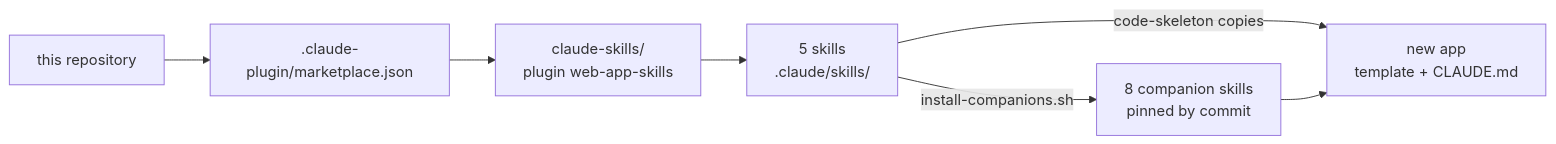
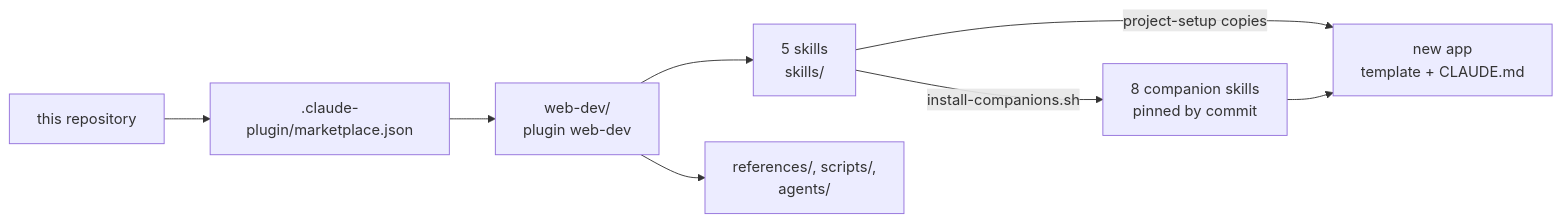
Before and after one commit to loiphan-agilityio/web-dev-plugin: the first of 3 diagrams in DESIGN.md, drawn with Mermaid. The commit also changed other lines of this file and 497 other files, not shown here.

````diff
--- a/DESIGN.md
+++ b/DESIGN.md
@@ -8,9 +8,10 @@
 ```mermaid
 flowchart LR
   repo["this repository"] --> mkt[".claude-plugin/marketplace.json"]
-  mkt --> plugin["claude-skills/<br/>plugin web-app-skills"]
-  plugin --> skills["5 skills<br/>.claude/skills/"]
-  skills -->|code-skeleton copies| app["new app<br/>template + CLAUDE.md"]
+  mkt --> plugin["web-dev/<br/>plugin web-dev"]
+  plugin --> skills["5 skills<br/>skills/"]
+  plugin --> shared["references/, scripts/,<br/>agents/"]
+  skills -->|project-setup copies| app["new app<br/>template + CLAUDE.md"]
   skills -->|install-companions.sh| comp["8 companion skills<br/>pinned by commit"]
   comp --> app
 ```
````
